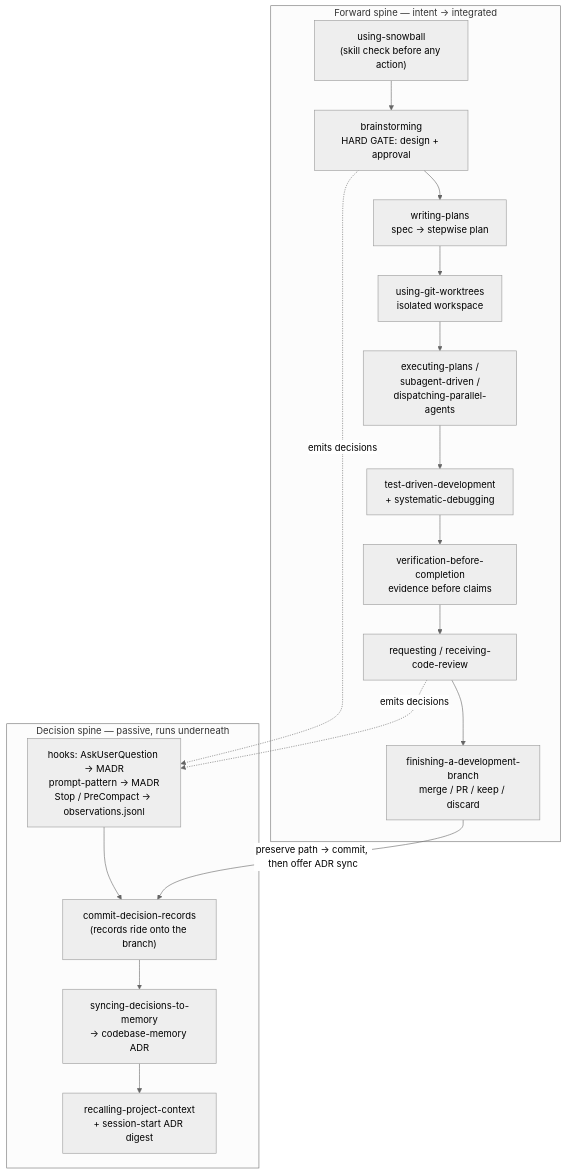
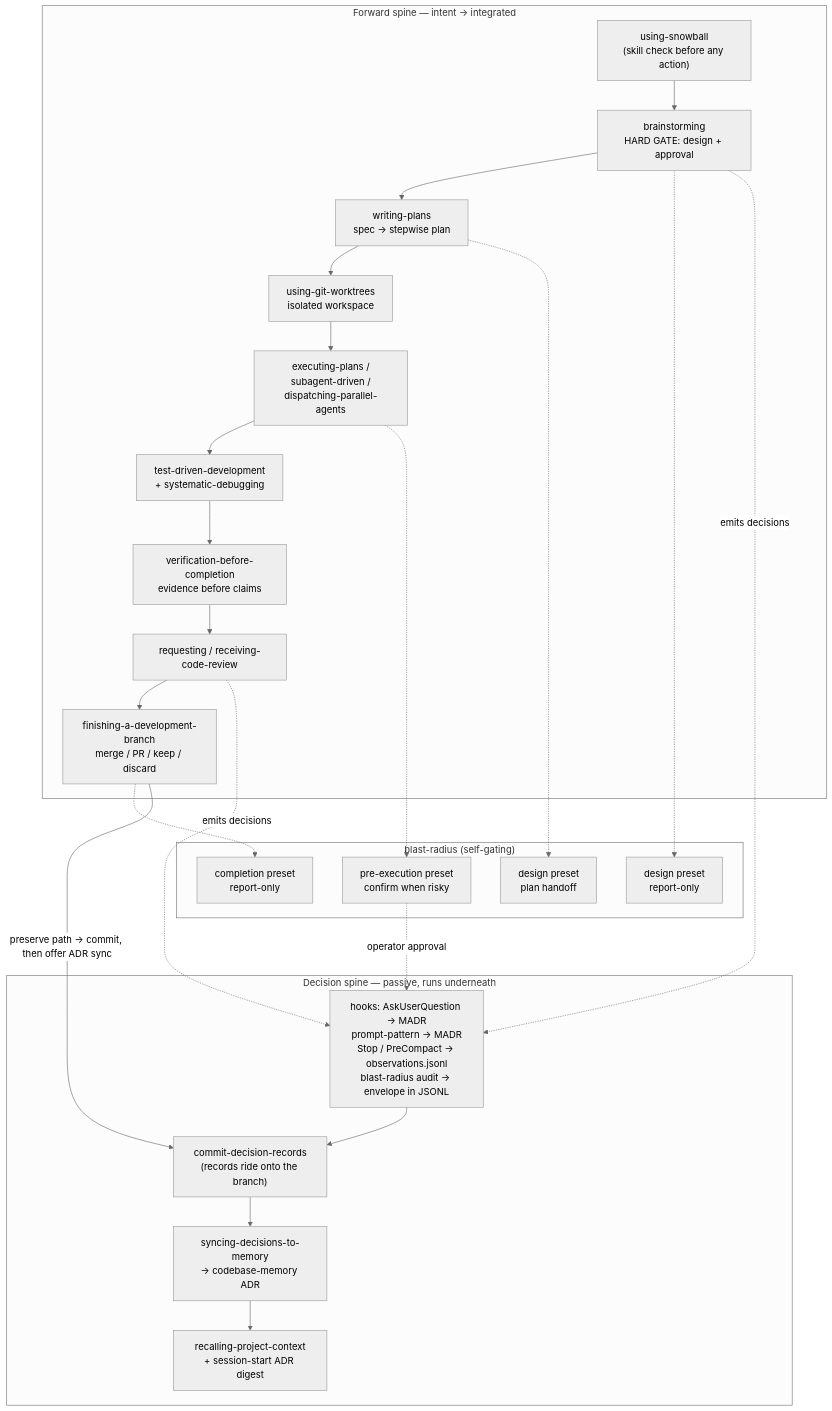
One commit to kellenff/snowball changed the diagram in docs/design/snowball-process.md. Above: the diagram before and after it, drawn with Mermaid (neutral theme). The commit also changed other lines of this file and 2 other files, not shown here.

First line of the commit message:
docs: refresh process design for v6 blast-radius and Cursor hooks

````diff
--- a/docs/design/snowball-process.md
+++ b/docs/design/snowball-process.md
@@ -27,25 +30,38 @@
 ```mermaid
 flowchart TD
     subgraph FWD["Forward spine — intent → integrated"]
         A["using-snowball<br/>(skill check before any action)"] --> B["brainstorming<br/>HARD GATE: design + approval"]
         B --> C["writing-plans<br/>spec → stepwise plan"]
         C --> D["using-git-worktrees<br/>isolated workspace"]
         D --> E["executing-plans /<br/>subagent-driven /<br/>dispatching-parallel-agents"]
         E --> F["test-driven-development<br/>+ systematic-debugging"]
         F --> G["verification-before-completion<br/>evidence before claims"]
         G --> H["requesting / receiving-code-review"]
         H --> I["finishing-a-development-branch<br/>merge / PR / keep / discard"]
     end
 
+    subgraph BR["blast-radius (self-gating)"]
+        BR1["design preset<br/>report-only"]
+        BR2["design preset<br/>plan handoff"]
+        BR3["pre-execution preset<br/>confirm when risky"]
+        BR4["completion preset<br/>report-only"]
+    end
+
     subgraph DEC["Decision spine — passive, runs underneath"]
-        H1["hooks: AskUserQuestion → MADR<br/>prompt-pattern → MADR<br/>Stop / PreCompact → observations.jsonl"]
+        H1["hooks: AskUserQuestion → MADR<br/>prompt-pattern → MADR<br/>Stop / PreCompact → observations.jsonl<br/>blast-radius audit → envelope in JSONL"]
         H2["commit-decision-records<br/>(records ride onto the branch)"]
         H3["syncing-decisions-to-memory<br/>→ codebase-memory ADR"]
         H4["recalling-project-context<br/>+ session-start ADR digest"]
         H1 --> H2 --> H3 --> H4
     end
 
+    B -.-> BR1
+    C -.-> BR2
+    E -.-> BR3
+    I -.-> BR4
+    BR3 -.->|operator approval| H1
+
     B -.emits decisions.-> H1
     H -.emits decisions.-> H1
     I -->|"preserve path → commit, then offer ADR sync"| H2
 ```
````
